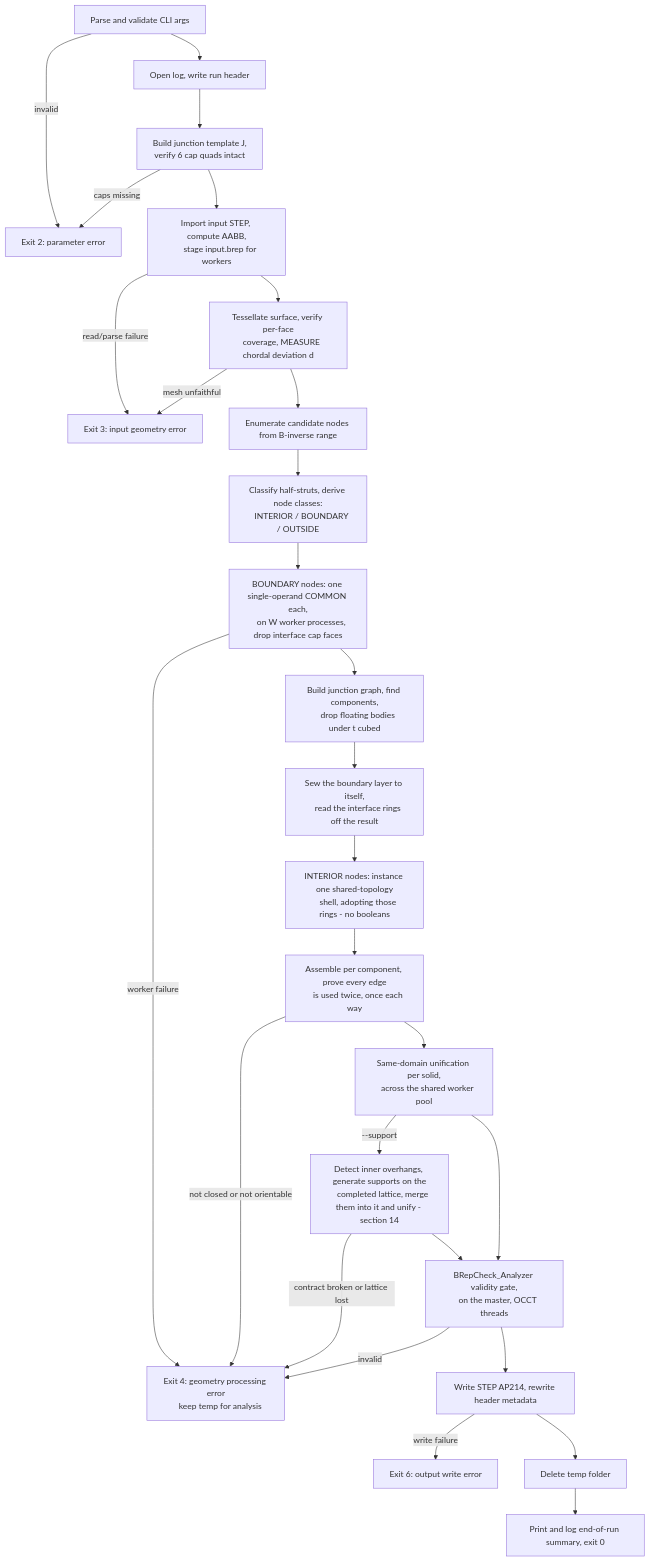
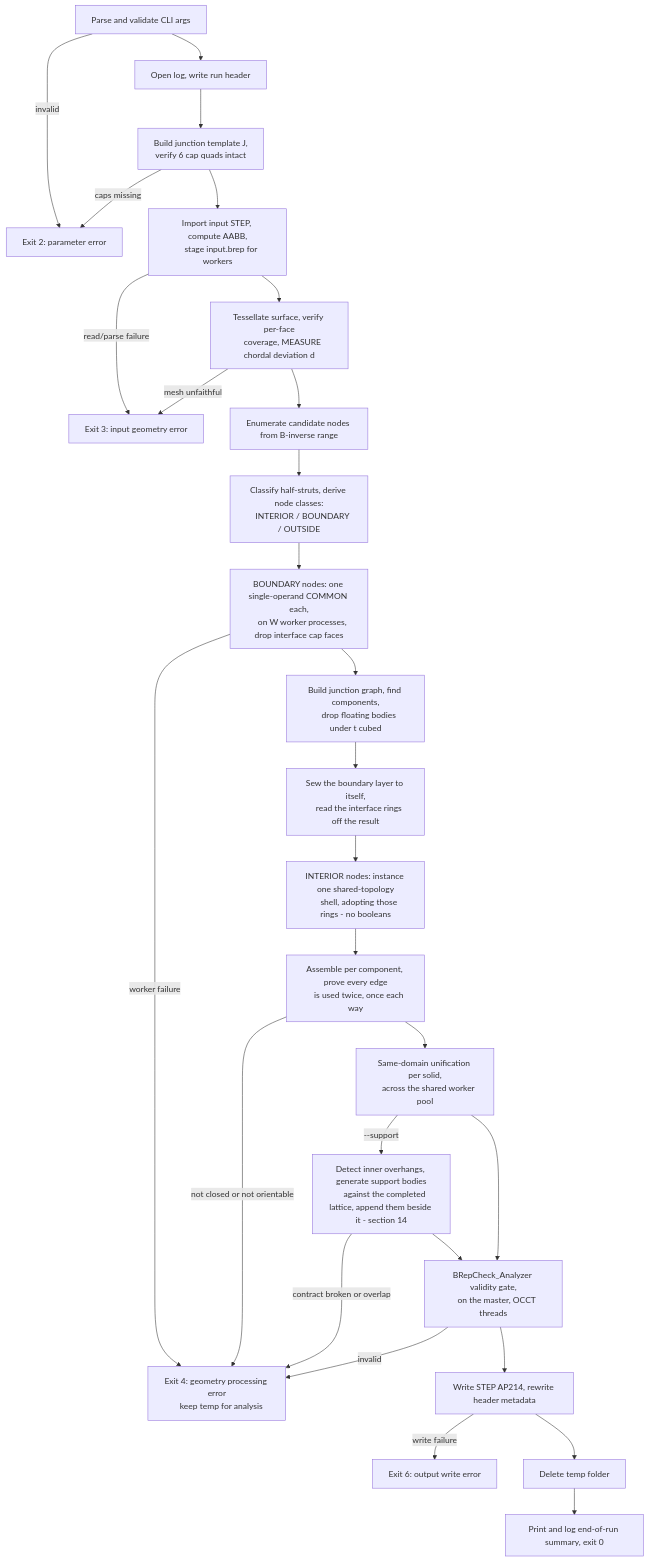
One commit to arnego/latticegen2 changed the first of 3 diagrams in docs/algorithm.md. Above: the diagram before and after it, drawn with Mermaid. The commit also changed other lines of this file and 3 other files, not shown here.

````diff
--- a/docs/algorithm.md
+++ b/docs/algorithm.md
@@ -203,43 +203,43 @@
 ```mermaid
 flowchart TD
     A[Parse and validate CLI args] -->|invalid| E1[Exit 2: parameter error]
     A --> B[Open log, write run header]
     B --> C[Build junction template J,
     verify 6 cap quads intact]
     C -->|caps missing| E1
     C --> D[Import input STEP, compute AABB,
     stage input.brep for workers]
     D -->|read/parse failure| E2[Exit 3: input geometry error]
     D --> F[Tessellate surface, verify per-face
     coverage, MEASURE chordal deviation d]
     F -->|mesh unfaithful| E2
     F --> G[Enumerate candidate nodes from B-inverse range]
     G --> H[Classify half-struts, derive node classes:
     INTERIOR / BOUNDARY / OUTSIDE]
     H --> I[BOUNDARY nodes: one single-operand COMMON each,
     on W worker processes, drop interface cap faces]
     I -->|worker failure| E3[Exit 4: geometry processing error
     keep temp for analysis]
     I --> J[Build junction graph, find components,
     drop floating bodies under t cubed]
     J --> K[Sew the boundary layer to itself,
     read the interface rings off the result]
     K --> L[INTERIOR nodes: instance one shared-topology
     shell, adopting those rings - no booleans]
     L --> M0[Assemble per component, prove every edge
     is used twice, once each way]
     M0 -->|not closed or not orientable| E3
     M0 --> S[Same-domain unification per solid,
     across the shared worker pool]
-    S -->|--support| SU[Detect inner overhangs, generate supports on the
-    completed lattice, merge them into it and unify - section 14]
-    SU -->|contract broken or lattice lost| E3
+    S -->|--support| SU[Detect inner overhangs, generate support bodies
+    against the completed lattice, append them beside it - section 14]
+    SU -->|contract broken or overlap| E3
     SU --> M
     S --> M[BRepCheck_Analyzer validity gate,
     on the master, OCCT threads]
     M -->|invalid| E3
     M --> N[Write STEP AP214, rewrite header metadata]
     N -->|write failure| E4[Exit 6: output write error]
     N --> P[Delete temp folder]
     P --> Q[Print and log end-of-run summary, exit 0]
 ```
````
